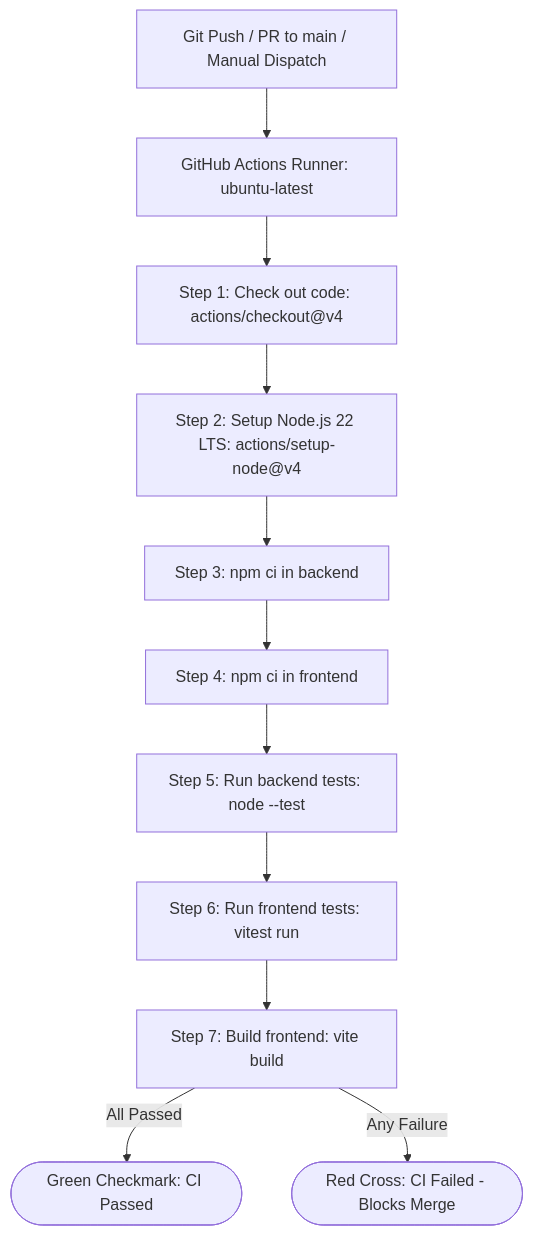
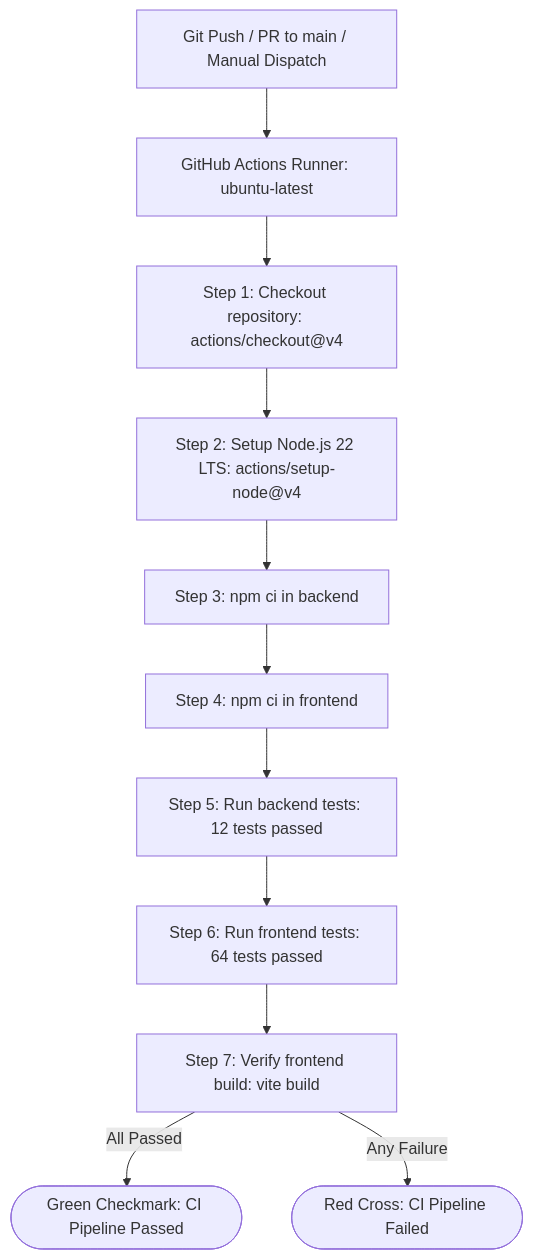
The second of 2 diagrams in README.md (garvshrivastava24/cloud-project), drawn with Mermaid before and after one commit. The commit also changed other lines of this file, not shown here.

First line of the commit message:
docs: comprehensive update of README with all new features, architecture, and 76 test suites

````diff
--- a/README.md
+++ b/README.md
@@ -476,13 +535,13 @@
 ```mermaid
 flowchart TD
     A[Git Push / PR to main / Manual Dispatch] --> B[GitHub Actions Runner: ubuntu-latest]
-    B --> C[Step 1: Check out code: actions/checkout@v4]
+    B --> C[Step 1: Checkout repository: actions/checkout@v4]
     C --> D[Step 2: Setup Node.js 22 LTS: actions/setup-node@v4]
     D --> E[Step 3: npm ci in backend]
     E --> F[Step 4: npm ci in frontend]
-    F --> G[Step 5: Run backend tests: node --test]
-    G --> H[Step 6: Run frontend tests: vitest run]
-    H --> I[Step 7: Build frontend: vite build]
-    I -->|All Passed| J([Green Checkmark: CI Passed])
-    I -->|Any Failure| K([Red Cross: CI Failed - Blocks Merge])
+    F --> G[Step 5: Run backend tests: 12 tests passed]
+    G --> H[Step 6: Run frontend tests: 64 tests passed]
+    H --> I[Step 7: Verify frontend build: vite build]
+    I -->|All Passed| J([Green Checkmark: CI Pipeline Passed])
+    I -->|Any Failure| K([Red Cross: CI Pipeline Failed])
 ```
````
